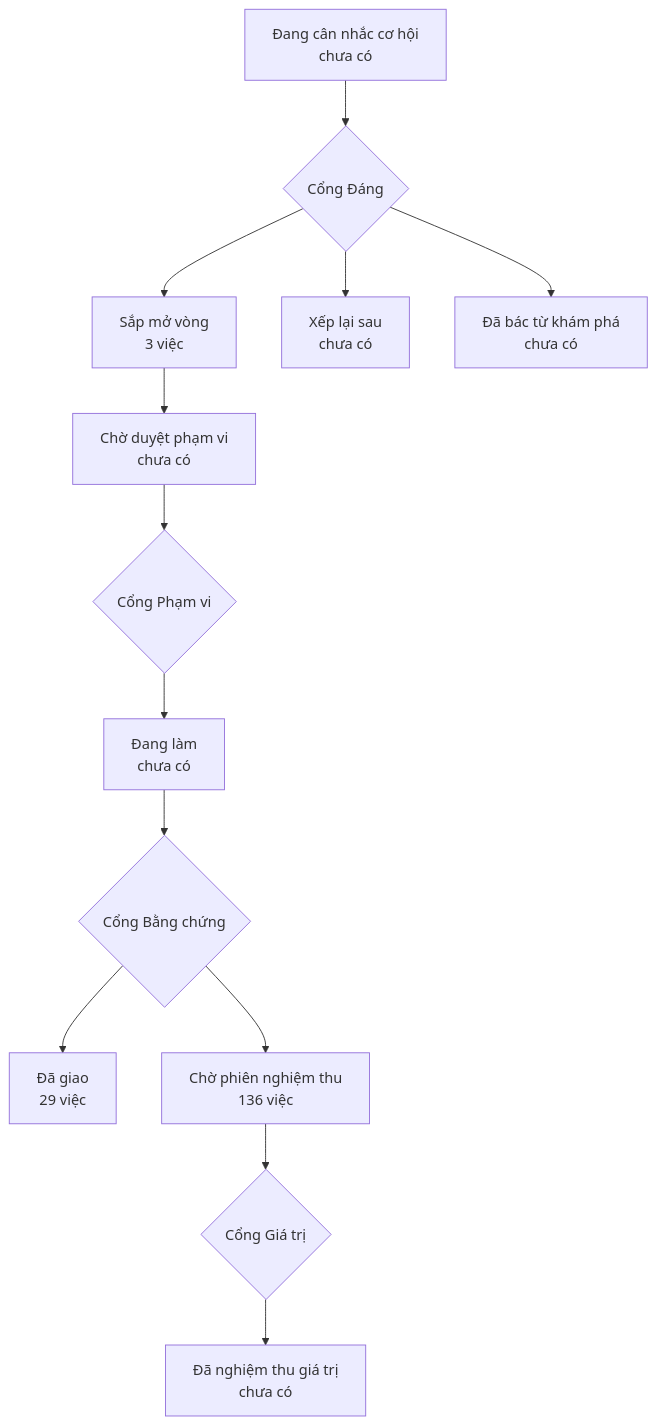
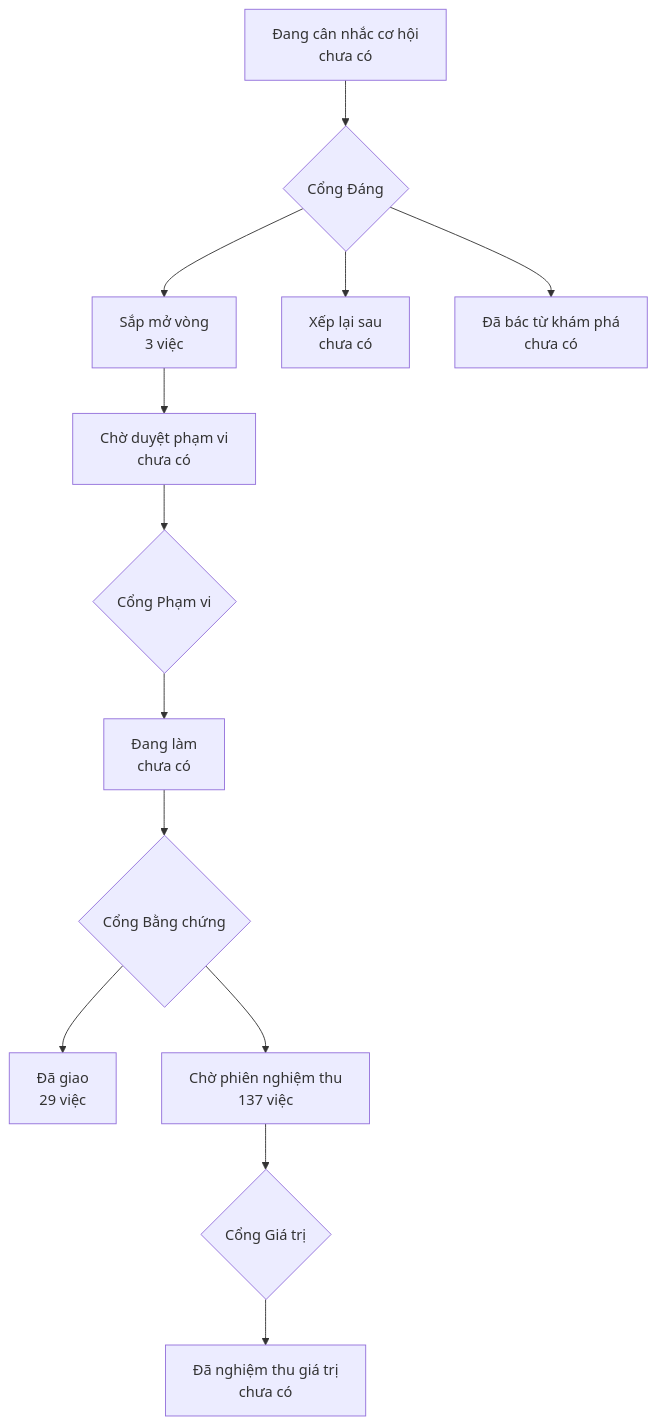
One commit to phanlemanh/onehub-quy-hang changed the diagram in PRODUCT-MAP.md. Above: the diagram before and after it, drawn with Mermaid. The commit also changed other lines of this file and 1 other file, not shown here.

Commit message:
chore(va-bai-o-la-do-ngau-nhien): vẽ lại bản đồ sau gộp main

````diff
--- a/PRODUCT-MAP.md
+++ b/PRODUCT-MAP.md
@@ -7,12 +7,12 @@
 ```mermaid
 flowchart TD
   A["Đang cân nhắc cơ hội<br/>chưa có"] --> GD{"Cổng Đáng"}
   GD --> B["Sắp mở vòng<br/>3 việc"]
   GD --> XL["Xếp lại sau<br/>chưa có"]
   GD --> DB["Đã bác từ khám phá<br/>chưa có"]
   B --> CD["Chờ duyệt phạm vi<br/>chưa có"] --> GP{"Cổng Phạm vi"}
   GP --> DL["Đang làm<br/>chưa có"] --> GB{"Cổng Bằng chứng"}
   GB --> DG["Đã giao<br/>29 việc"]
-  GB --> CN["Chờ phiên nghiệm thu<br/>136 việc"] --> GG{"Cổng Giá trị"}
+  GB --> CN["Chờ phiên nghiệm thu<br/>137 việc"] --> GG{"Cổng Giá trị"}
   GG --> NT["Đã nghiệm thu giá trị<br/>chưa có"]
 ```
````
